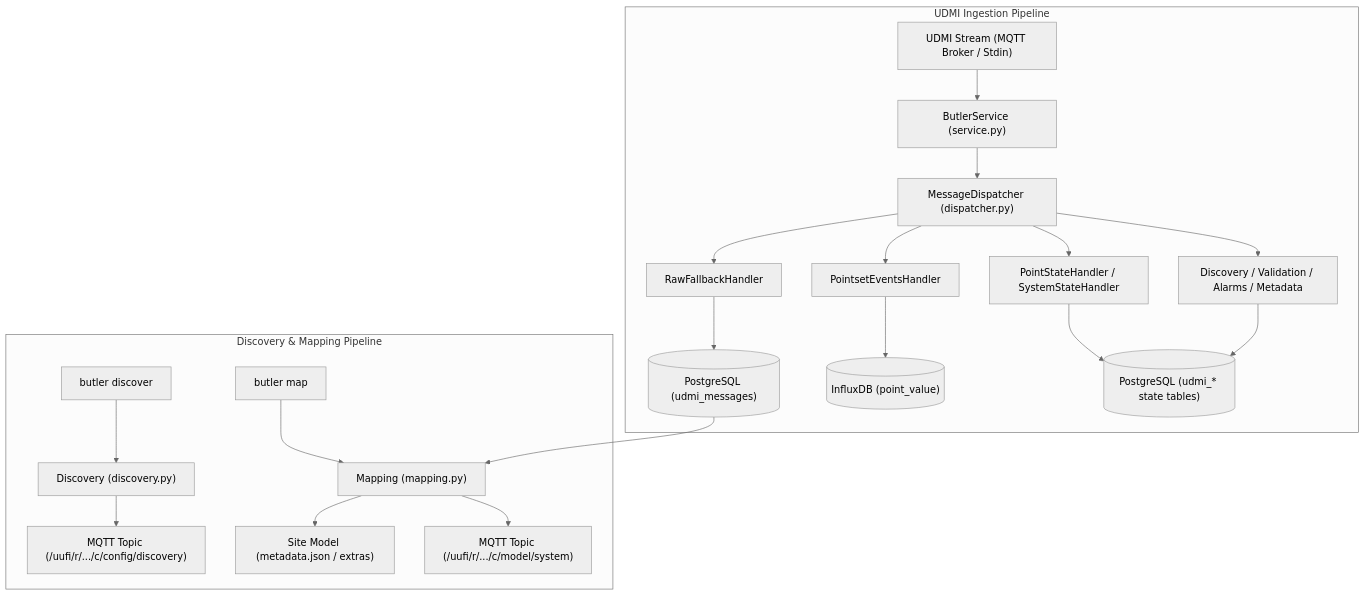
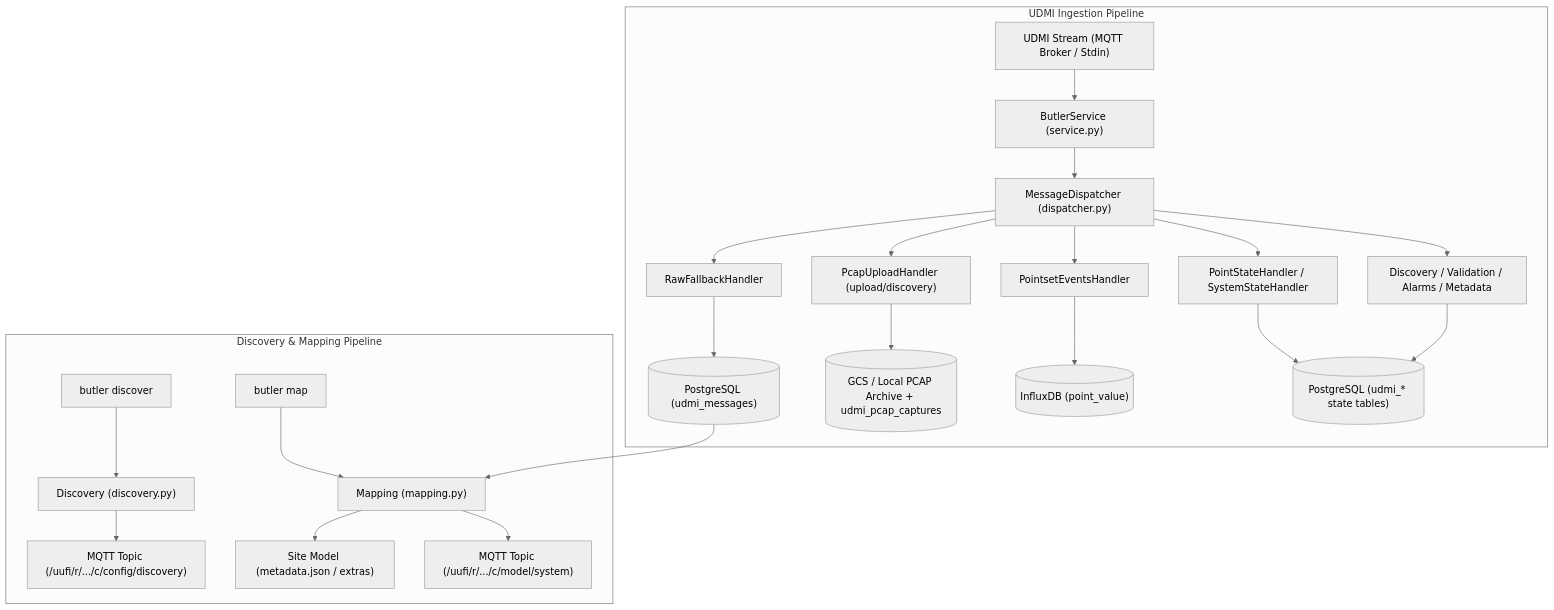
The diagram in butler/README.md (faucetsdn/udmi), drawn with Mermaid (neutral theme) before and after one commit. The commit also changed other lines of this file and 13 other files, not shown here.

First line of the commit message:
Add Butler PCAP upload reassembly handler and MCP BACnet trace tools

````diff
--- a/butler/README.md
+++ b/butler/README.md
@@ -11,25 +11,27 @@
 ```mermaid
 graph TD
     subgraph UDMI Ingestion Pipeline
         SRC["UDMI Stream (MQTT Broker / Stdin)"] --> SVC["ButlerService (service.py)"]
         SVC --> DISP["MessageDispatcher (dispatcher.py)"]
         DISP --> H_RAW["RawFallbackHandler"]
+        DISP --> H_PCAP["PcapUploadHandler (upload/discovery)"]
         DISP --> H_PT["PointsetEventsHandler"]
         DISP --> H_ST["PointStateHandler / SystemStateHandler"]
         DISP --> H_OTH["Discovery / Validation / Alarms / Metadata"]
         
         H_RAW --> PG[("PostgreSQL (udmi_messages)")]
+        H_PCAP --> GCS[("GCS / Local PCAP Archive + udmi_pcap_captures")]
         H_PT --> INF[("InfluxDB (point_value)")]
         H_ST --> PG_SPEC[("PostgreSQL (udmi_* state tables)")]
         H_OTH --> PG_SPEC
     end
 
     subgraph Discovery & Mapping Pipeline
         DISC_CMD["butler discover"] --> DISC["Discovery (discovery.py)"]
         DISC --> MQTT_PUB["MQTT Topic (/uufi/r/.../c/config/discovery)"]
         MAP_CMD["butler map"] --> MAP["Mapping (mapping.py)"]
         PG --> MAP
         MAP --> SITE_MOD["Site Model (metadata.json / extras)"]
         MAP --> MODEL_PUB["MQTT Topic (/uufi/r/.../c/model/system)"]
     end
 ```
````
